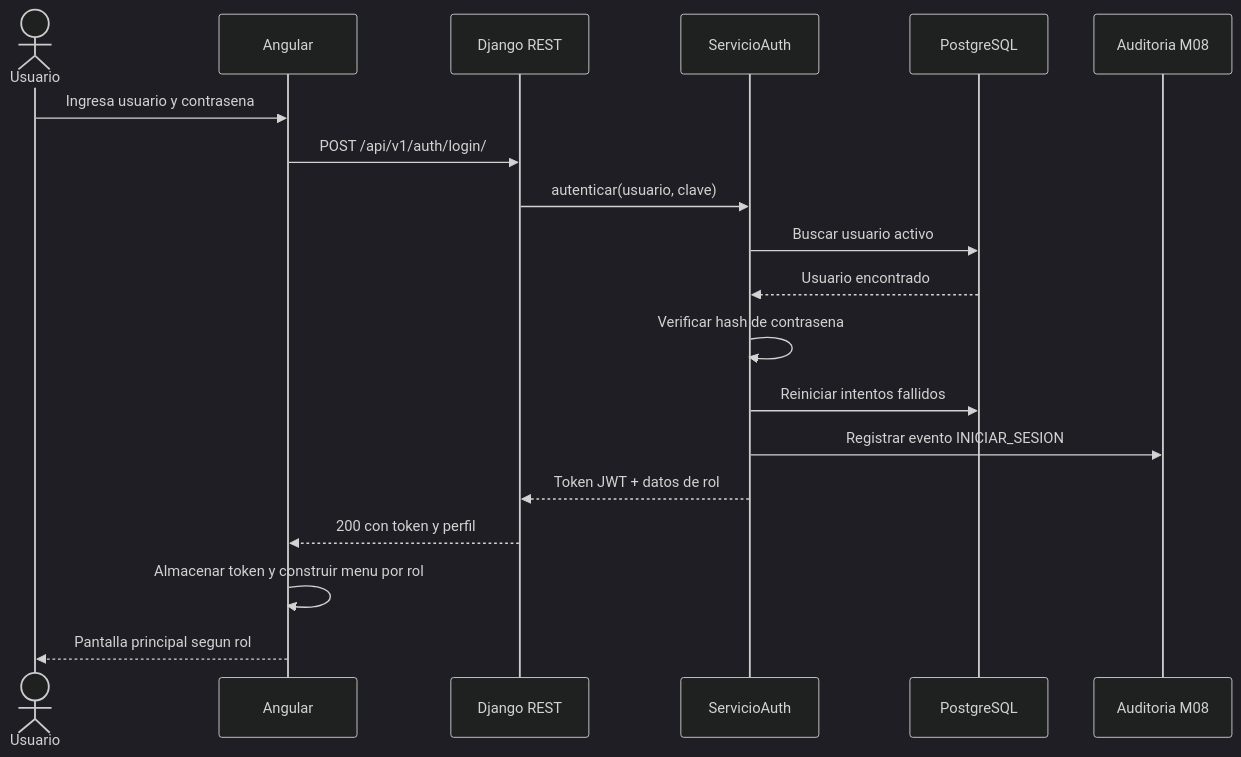
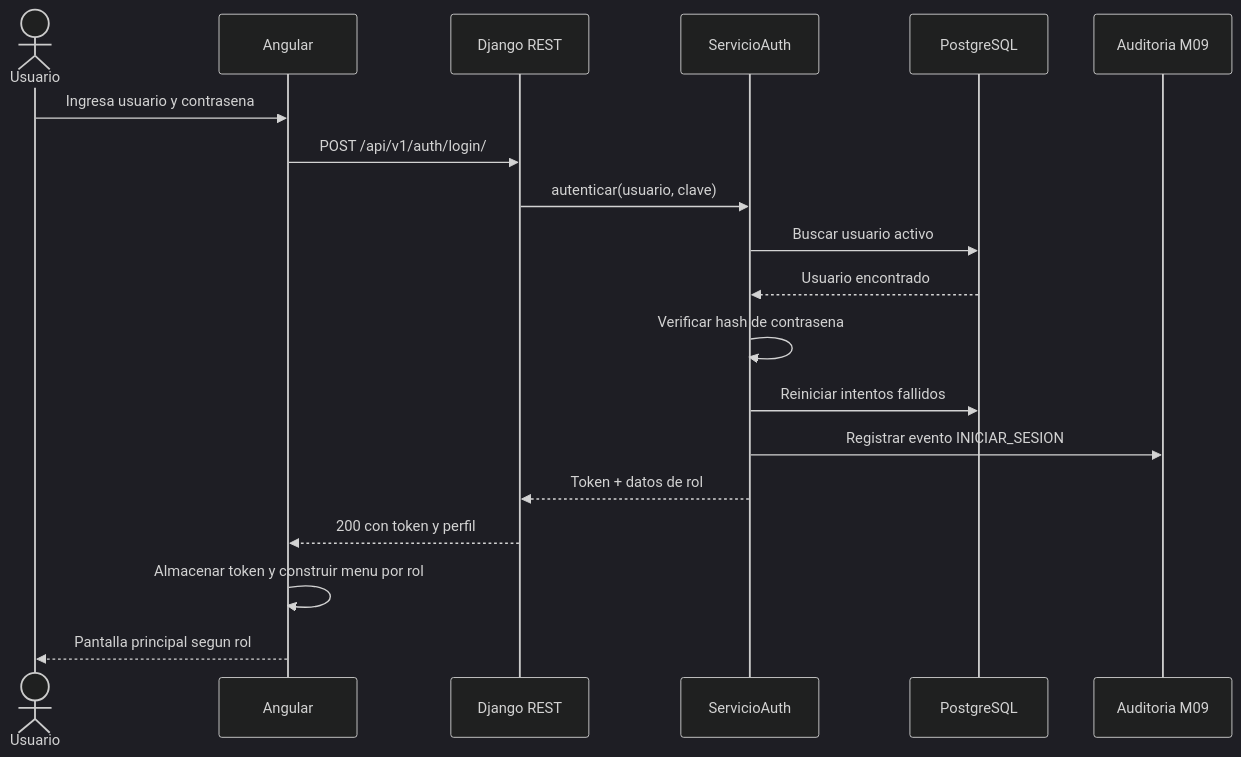
Before and after one commit to adlerOmonte1/LogisticaMinera: the first of 3 diagrams in docs/modulos/M01-autenticacion/diagramas/secuencia.md, drawn with Mermaid (dark theme). The commit also changed other lines of this file and 9 other files, not shown here.

````diff
--- a/docs/modulos/M01-autenticacion/diagramas/secuencia.md
+++ b/docs/modulos/M01-autenticacion/diagramas/secuencia.md
@@ -5,22 +5,22 @@
 ```mermaid
 sequenceDiagram
     actor U as Usuario
     participant NG as Angular
     participant API as Django REST
     participant SRV as ServicioAuth
     participant DB as PostgreSQL
-    participant AUD as Auditoria M08
+    participant AUD as Auditoria M09
 
     U->>NG: Ingresa usuario y contrasena
     NG->>API: POST /api/v1/auth/login/
     API->>SRV: autenticar(usuario, clave)
     SRV->>DB: Buscar usuario activo
     DB-->>SRV: Usuario encontrado
     SRV->>SRV: Verificar hash de contrasena
     SRV->>DB: Reiniciar intentos fallidos
     SRV->>AUD: Registrar evento INICIAR_SESION
-    SRV-->>API: Token JWT + datos de rol
+    SRV-->>API: Token + datos de rol
     API-->>NG: 200 con token y perfil
     NG->>NG: Almacenar token y construir menu por rol
     NG-->>U: Pantalla principal segun rol
 ```
````
